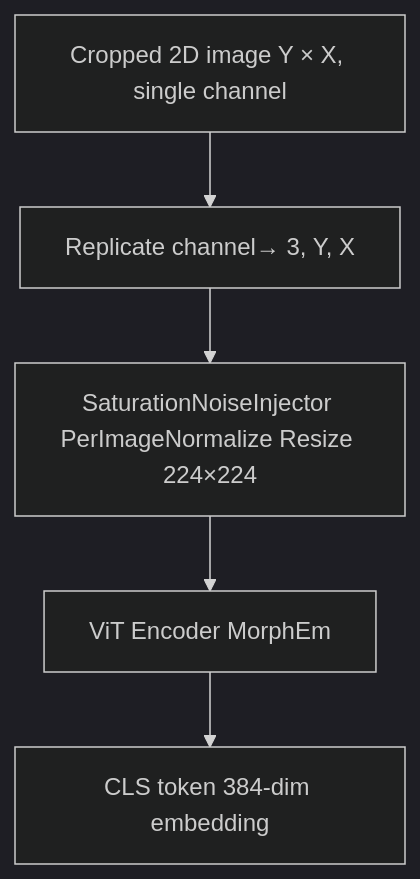
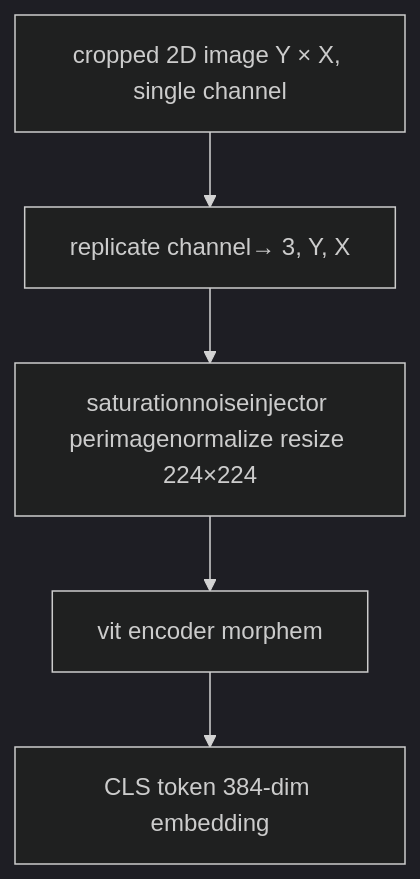
The diagram in docs/source/features/chammi75.md (WayScience/NF1_3D_organoid_profiling_pipeline), drawn with Mermaid (dark theme) before and after one commit. The commit also changed other lines of this file and 23 other files, not shown here.

````diff
--- a/docs/source/features/chammi75.md
+++ b/docs/source/features/chammi75.md
@@ -21,7 +21,7 @@
-```{mermaid}
-graph TD
-    A["Cropped 2D image Y × X, single channel"] --> B["Replicate channel→ 3, Y, X"]
-    B --> C["SaturationNoiseInjector PerImageNormalize Resize 224×224"]
-    C --> D["ViT Encoder MorphEm"]
+```mermaid
+flowchart TD
+    A["cropped 2D image Y × X, single channel"] --> B["replicate channel→ 3, Y, X"]
+    B --> C["saturationnoiseinjector perimagenormalize resize 224×224"]
+    C --> D["vit encoder morphem"]
     D --> E["CLS token 384-dim embedding"]
 ```
````
